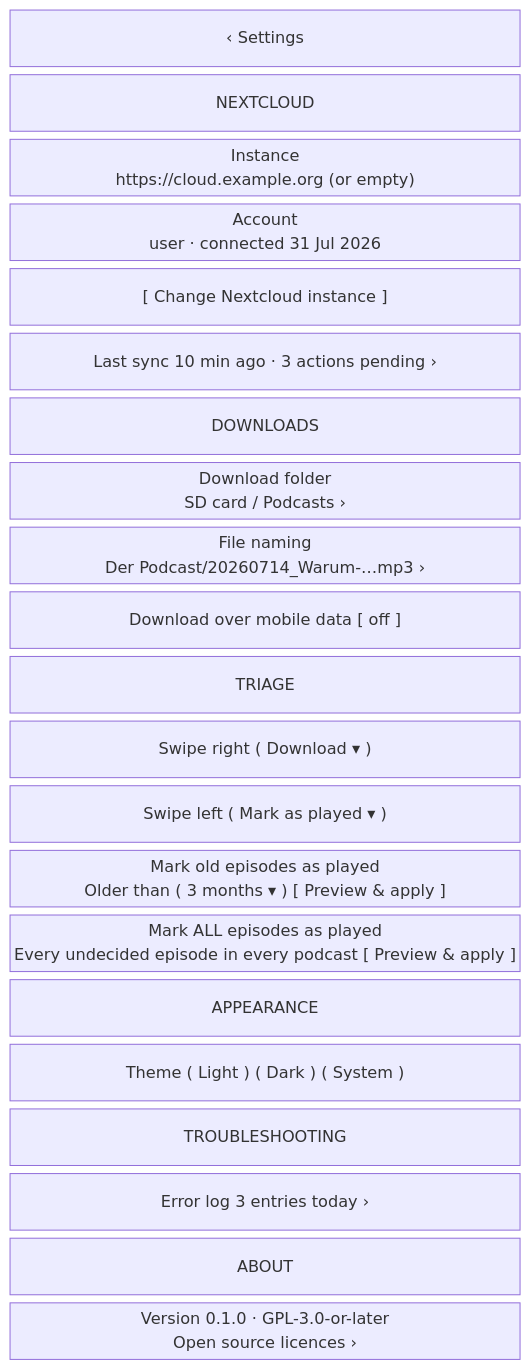
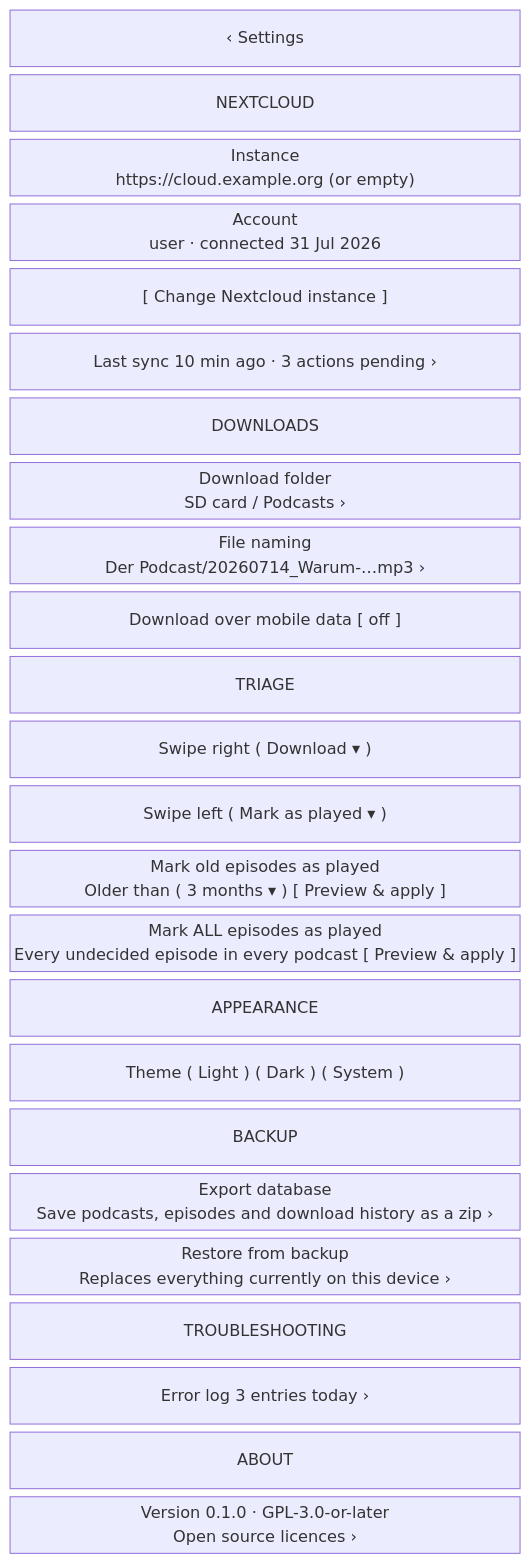
The sixth of 13 diagrams in docs/UI.md (drehtuer/podsilo), drawn with Mermaid before and after one commit. The commit also changed other lines of this file and 24 other files, not shown here.

````diff
--- a/docs/UI.md
+++ b/docs/UI.md
@@ -383,25 +383,28 @@
 ```mermaid
 block-beta
   columns 1
   bar["‹  Settings"]
   g1["NEXTCLOUD"]
   r1["Instance\nhttps://cloud.example.org        (or empty)"]
   r2["Account\nuser · connected 31 Jul 2026"]
   r3["[ Change Nextcloud instance ]"]
   r4["Last sync   10 min ago · 3 actions pending      ›"]
   g2["DOWNLOADS"]
   r5["Download folder\nSD card / Podcasts                 ›"]
   r6["File naming\nDer Podcast/20260714_Warum-…mp3    ›"]
   r7["Download over mobile data          [ off ]"]
   g3["TRIAGE"]
   r8["Swipe right    ( Download ▾ )"]
   r9["Swipe left     ( Mark as played ▾ )"]
   r10["Mark old episodes as played\nOlder than ( 3 months ▾ )      [ Preview & apply ]"]
   r11["Mark ALL episodes as played\nEvery undecided episode in every podcast  [ Preview & apply ]"]
   g4["APPEARANCE"]
   r12["Theme    ( Light )  ( Dark )  ( System )"]
-  g5["TROUBLESHOOTING"]
-  r13["Error log            3 entries today    ›"]
-  g6["ABOUT"]
-  r14["Version 0.1.0 · GPL-3.0-or-later\nOpen source licences               ›"]
+  g5["BACKUP"]
+  r13["Export database\nSave podcasts, episodes and download history as a zip   ›"]
+  r14["Restore from backup\nReplaces everything currently on this device           ›"]
+  g6["TROUBLESHOOTING"]
+  r15["Error log            3 entries today    ›"]
+  g7["ABOUT"]
+  r16["Version 0.1.0 · GPL-3.0-or-later\nOpen source licences               ›"]
 ```
````
